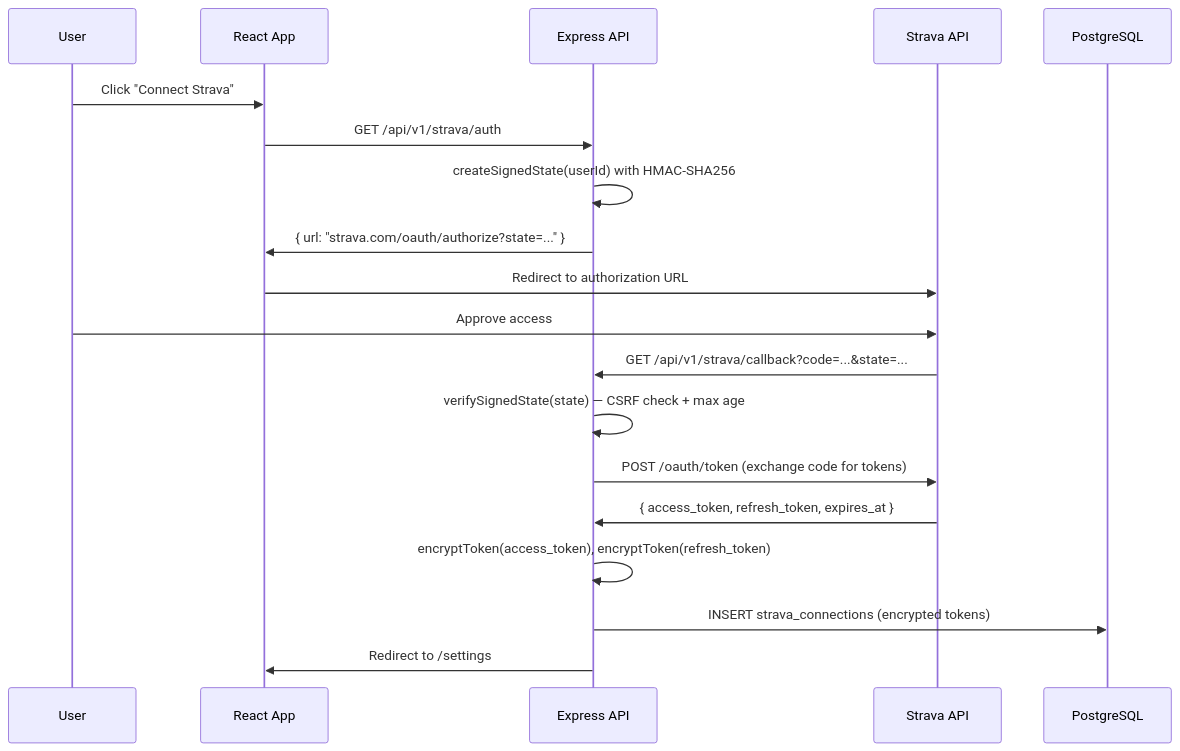
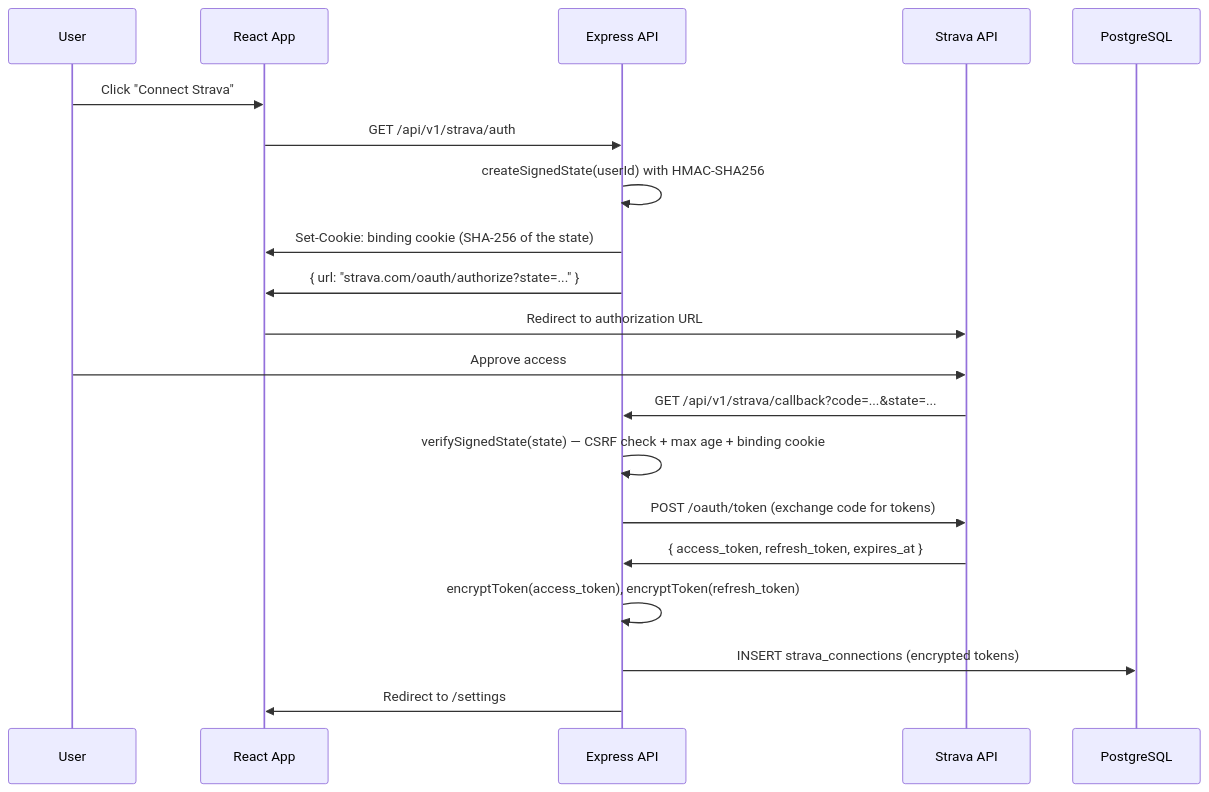
The first of 2 diagrams in docs/integrations.md (daler91/Hyrox-Companion), drawn with Mermaid before and after one commit. The commit also changed other lines of this file and 4 other files, not shown here.

````diff
--- a/docs/integrations.md
+++ b/docs/integrations.md
@@ -57,22 +57,23 @@
 ```mermaid
 sequenceDiagram
     participant User
     participant Client as React App
     participant Server as Express API
     participant Strava as Strava API
     participant DB as PostgreSQL
     
     User->>Client: Click "Connect Strava"
     Client->>Server: GET /api/v1/strava/auth
     Server->>Server: createSignedState(userId) with HMAC-SHA256
+    Server->>Client: Set-Cookie: binding cookie (SHA-256 of the state)
     Server->>Client: { url: "strava.com/oauth/authorize?state=..." }
     Client->>Strava: Redirect to authorization URL
     User->>Strava: Approve access
     Strava->>Server: GET /api/v1/strava/callback?code=...&state=...
-    Server->>Server: verifySignedState(state) — CSRF check + max age
+    Server->>Server: verifySignedState(state) — CSRF check + max age + binding cookie
     Server->>Strava: POST /oauth/token (exchange code for tokens)
     Strava->>Server: { access_token, refresh_token, expires_at }
     Server->>Server: encryptToken(access_token), encryptToken(refresh_token)
     Server->>DB: INSERT strava_connections (encrypted tokens)
     Server->>Client: Redirect to /settings
 ```
````
